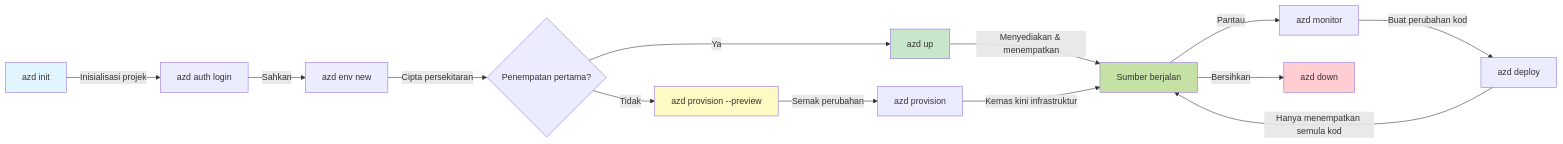
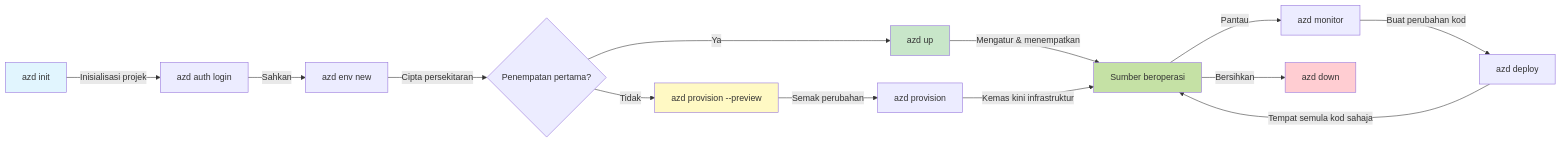
The first of 2 diagrams in translations/ms/docs/chapter-01-foundation/azd-basics.md (microsoft/AZD-for-beginners), drawn with Mermaid before and after one commit. The commit also changed other lines of this file and 101 other files, not shown here.

````diff
--- a/translations/ms/docs/chapter-01-foundation/azd-basics.md
+++ b/translations/ms/docs/chapter-01-foundation/azd-basics.md
@@ -269,21 +269,21 @@
 ```mermaid
 graph LR
     A[azd init] -->|Inisialisasi projek| B[azd auth login]
     B -->|Sahkan| C[azd env new]
     C -->|Cipta persekitaran| D{Penempatan pertama?}
     D -->|Ya| E[azd up]
     D -->|Tidak| F[azd provision --preview]
     F -->|Semak perubahan| G[azd provision]
-    E -->|Menyediakan & menempatkan| H[Sumber berjalan]
+    E -->|Mengatur & menempatkan| H[Sumber beroperasi]
     G -->|Kemas kini infrastruktur| H
     H -->|Pantau| I[azd monitor]
     I -->|Buat perubahan kod| J[azd deploy]
-    J -->|Hanya menempatkan semula kod| H
+    J -->|Tempat semula kod sahaja| H
     H -->|Bersihkan| K[azd down]
     
     style A fill:#e1f5fe
     style E fill:#c8e6c9
     style F fill:#fff9c4
     style H fill:#c5e1a5
     style K fill:#ffcdd2
-```  
+```
````
